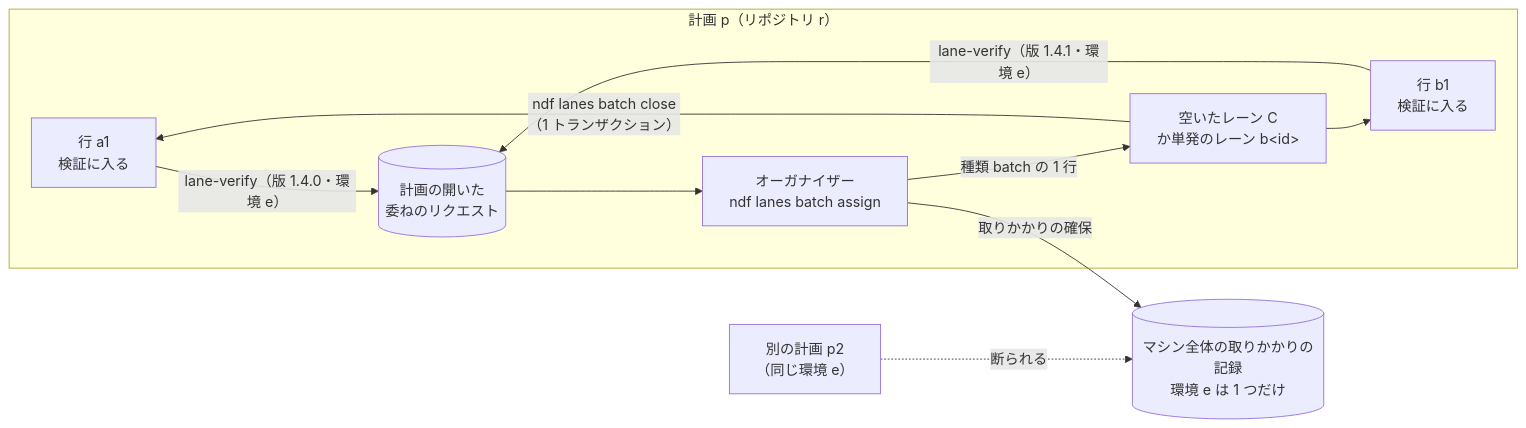
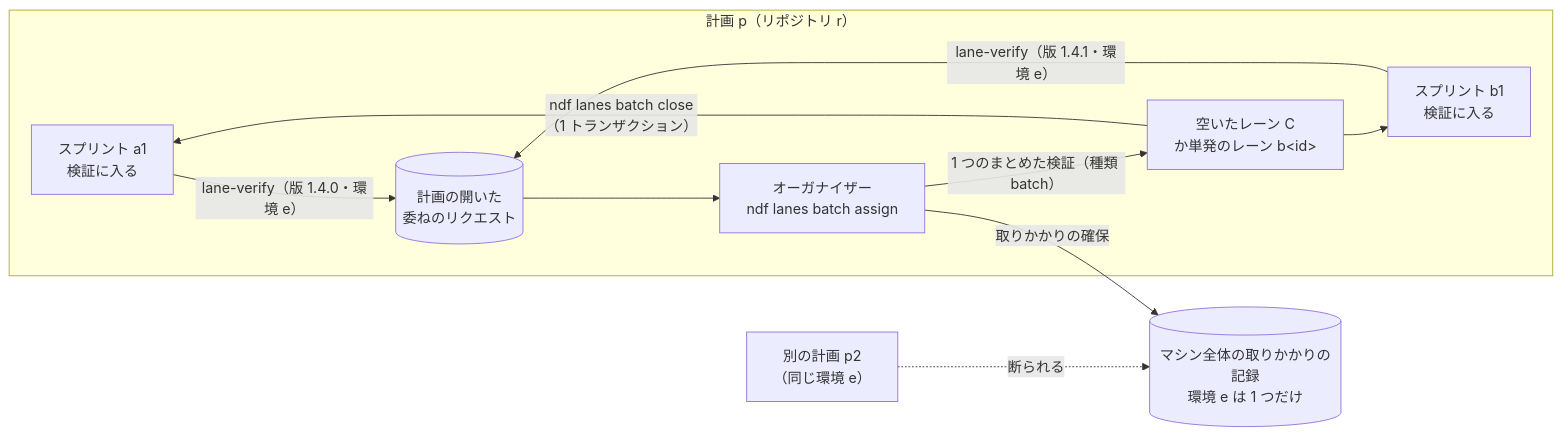
The second of 3 diagrams in issues/issue-4211-design.md (devbasex/ai-plugins), drawn with Mermaid before and after one commit. The commit also changed other lines of this file and 1 other file, not shown here.

First line of the commit message:
Docs: #4211 の設計で row を中身の名前（スプリント・開発ループ・まとめた検証）か「レーンの作業」と書く（設計承認ゲートの回答）

````diff
--- a/issues/issue-4211-design.md
+++ b/issues/issue-4211-design.md
@@ -54,13 +54,13 @@
 ```mermaid
 flowchart LR
   subgraph P["計画 p（リポジトリ r）"]
-    A["行 a1<br>検証に入る"] -- "lane-verify（版 1.4.0・環境 e）" --> Q[("計画の開いた<br>委ねのリクエスト")]
-    B["行 b1<br>検証に入る"] -- "lane-verify（版 1.4.1・環境 e）" --> Q
+    A["スプリント a1<br>検証に入る"] -- "lane-verify（版 1.4.0・環境 e）" --> Q[("計画の開いた<br>委ねのリクエスト")]
+    B["スプリント b1<br>検証に入る"] -- "lane-verify（版 1.4.1・環境 e）" --> Q
     Q --> O["オーガナイザー<br>ndf lanes batch assign"]
-    O -- "種類 batch の 1 行" --> F["空いたレーン C<br>か単発のレーン b&lt;id&gt;"]
+    O -- "1 つのまとめた検証（種類 batch）" --> F["空いたレーン C<br>か単発のレーン b&lt;id&gt;"]
     F -- "ndf lanes batch close<br>（1 トランザクション）" --> A
     F --> B
   end
   O -- "取りかかりの確保" --> M[("マシン全体の取りかかりの記録<br>環境 e は 1 つだけ")]
   P2["別の計画 p2<br>（同じ環境 e）"] -. "断られる" .-> M
 ```
````
